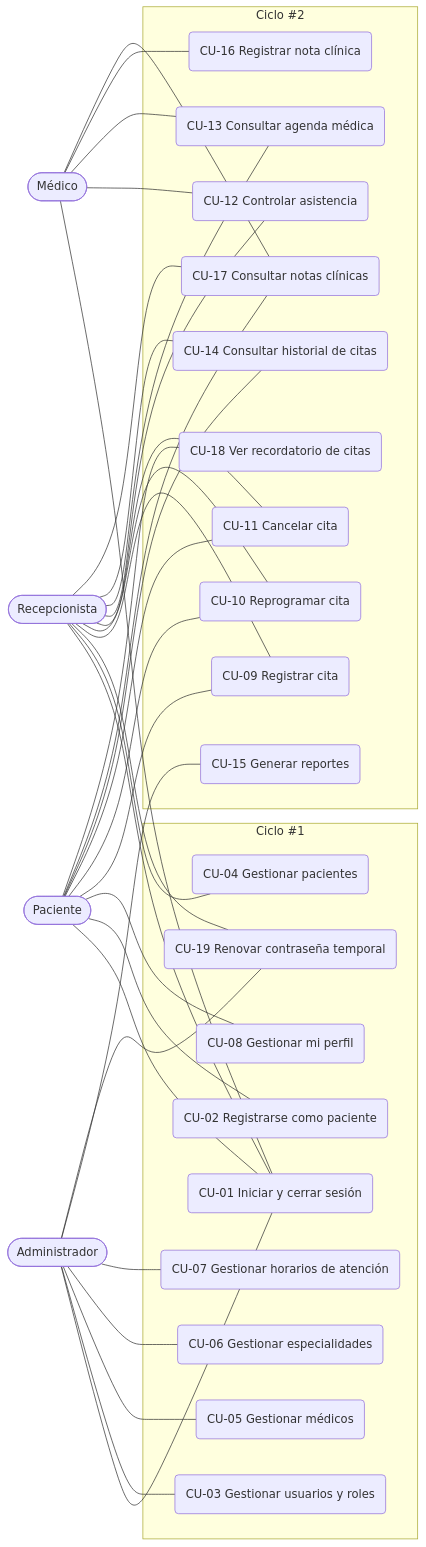
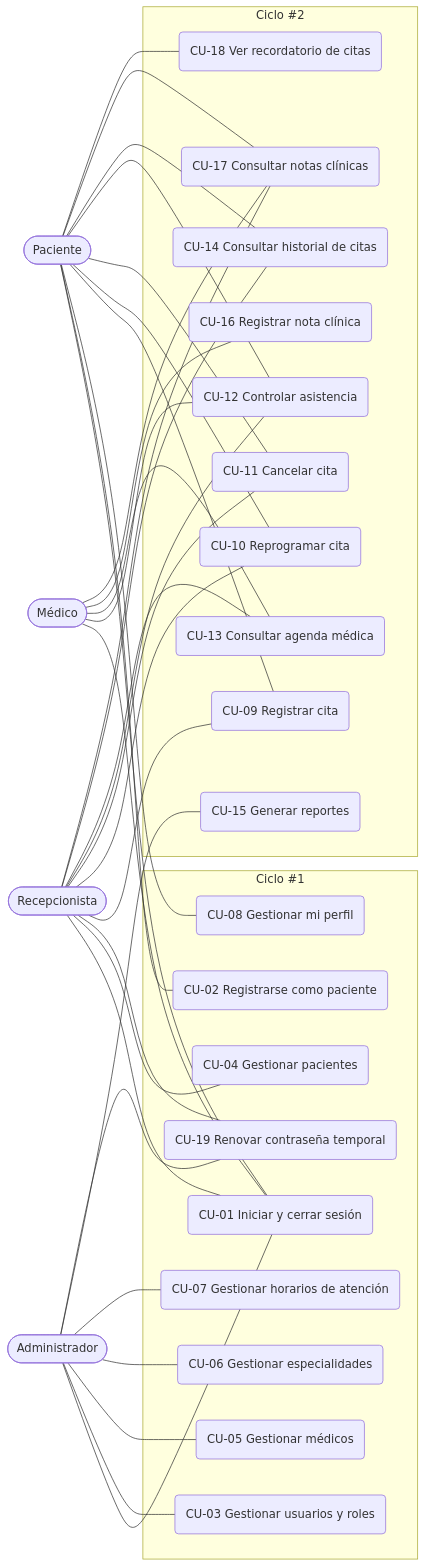
One commit to Einarpd26/2do-examen-ing-requisitos changed the third of 37 diagrams in documento/Informe-Final.md. Above: the diagram before and after it, drawn with Mermaid. The commit also changed other lines of this file, not shown here.

````diff
--- a/documento/Informe-Final.md
+++ b/documento/Informe-Final.md
@@ -1005,38 +1005,38 @@
 ```mermaid
 %%{init: {"flowchart": {"wrappingWidth": 320}}}%%
 flowchart LR
     Admin([Administrador])
     Recep([Recepcionista])
     Medico([Médico])
     Pac([Paciente])
 
     subgraph C1["Ciclo #1"]
         CU01(CU-01 Iniciar y cerrar sesión)
         CU02(CU-02 Registrarse como paciente)
         CU03(CU-03 Gestionar usuarios y roles)
         CU04(CU-04 Gestionar pacientes)
         CU05(CU-05 Gestionar médicos)
         CU06(CU-06 Gestionar especialidades)
         CU07(CU-07 Gestionar horarios de atención)
         CU08(CU-08 Gestionar mi perfil)
         CU19(CU-19 Renovar contraseña temporal)
     end
 
     subgraph C2["Ciclo #2"]
         CU09(CU-09 Registrar cita)
         CU10(CU-10 Reprogramar cita)
         CU11(CU-11 Cancelar cita)
         CU12(CU-12 Controlar asistencia)
         CU13(CU-13 Consultar agenda médica)
         CU14(CU-14 Consultar historial de citas)
         CU15(CU-15 Generar reportes)
         CU16(CU-16 Registrar nota clínica)
         CU17(CU-17 Consultar notas clínicas)
         CU18(CU-18 Ver recordatorio de citas)
     end
 
     Admin --- CU01 & CU03 & CU05 & CU06 & CU07 & CU15 & CU19
     Recep --- CU01 & CU04 & CU19 & CU09 & CU10 & CU11 & CU12 & CU13 & CU14 & CU17
     Medico --- CU01 & CU12 & CU13 & CU16 & CU17
-    Pac --- CU01 & CU02 & CU08 & CU09 & CU10 & CU11 & CU14 & CU17 & CU18
+    Pac --- CU01 & CU02 & CU08 & CU09 & CU10 & CU11 & CU12 & CU14 & CU17 & CU18
 ```
````
